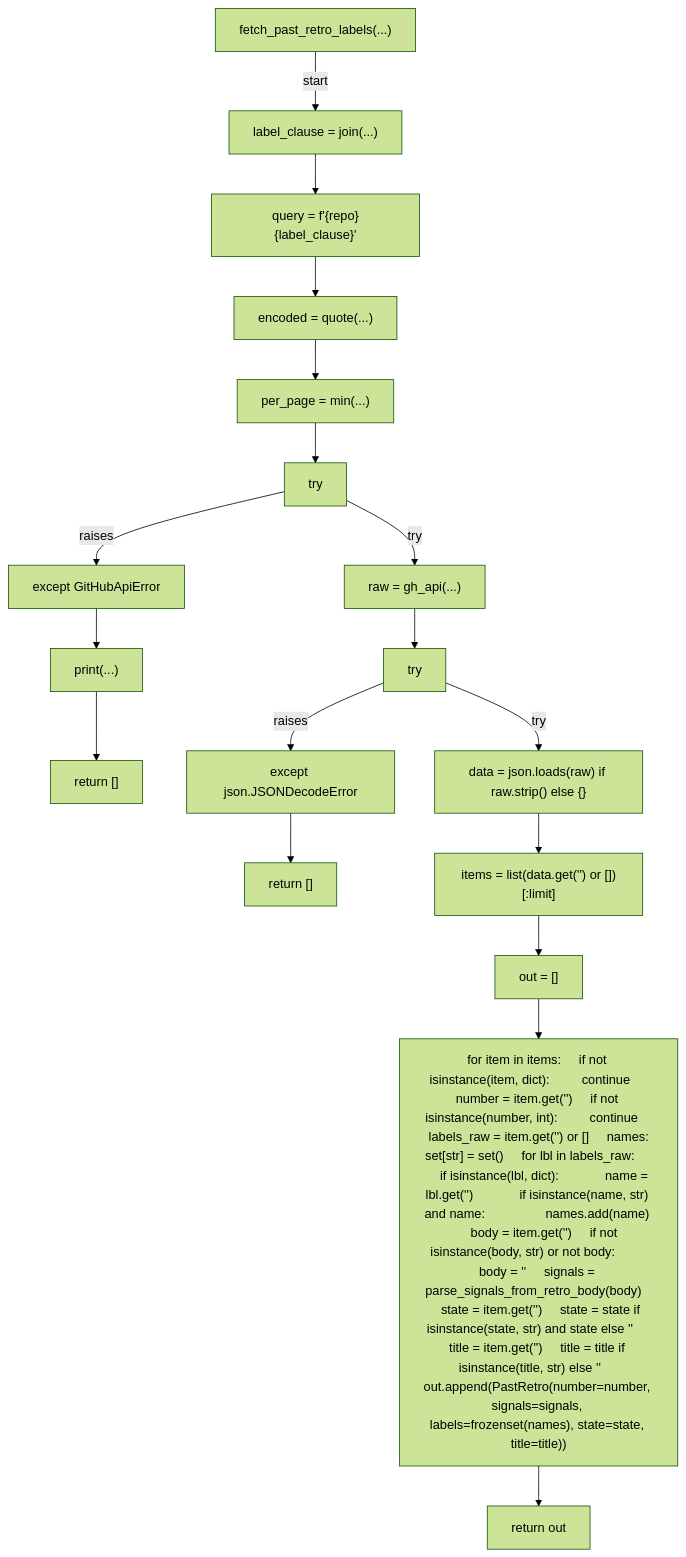
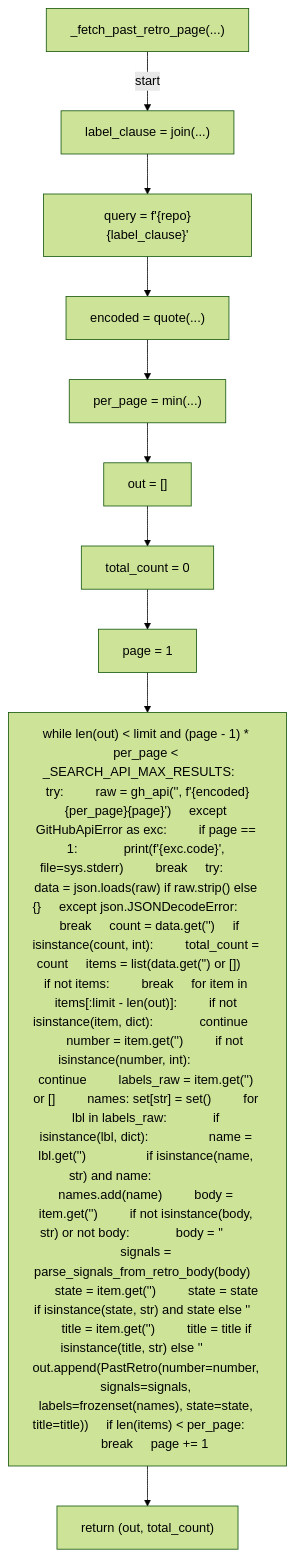
Diagram 15 of 59 in docs/generated/scripts/ast/auto_retro.md (tvna/claude-md), drawn with Mermaid (forest theme) before and after one commit. The commit also changed other lines of this file and 3 other files, not shown here.

First line of the commit message:
docs(generated): regenerate decision tree and workflow diagrams

````diff
--- a/docs/generated/scripts/ast/auto_retro.md
+++ b/docs/generated/scripts/ast/auto_retro.md
@@ -212,38 +229,22 @@
 ```mermaid
 flowchart TD
-    N001["fetch_past_retro_labels(...)"]
+    N001["_fetch_past_retro_page(...)"]
     N002["label_clause = join(...)"]
     N003["query = f'<str>{repo}<str>{label_clause}<str>'"]
     N004["encoded = quote(...)"]
     N005["per_page = min(...)"]
-    N006["try"]
-    N007["raw = gh_api(...)"]
-    N008["except GitHubApiError"]
-    N009["print(...)"]
-    N010["return []"]
-    N011["try"]
-    N012["data = json.loads(raw) if raw.strip() else {}"]
-    N013["except json.JSONDecodeError"]
-    N014["return []"]
-    N015["items = list(data.get('<str>') or [])[:limit]"]
-    N016["out = []"]
-    N017["for item in items:     if not isinstance(item, dict):         continue     number = item.get('<str>')     if not isinstance(number, int):         continue     labels_raw = item.get('<str>') or []     names: set[str] = set()     for lbl in labels_raw:         if isinstance(lbl, dict):             name = lbl.get('<str>')             if isinstance(name, str) and name:                 names.add(name)     body = item.get('<str>')     if not isinstance(body, str) or not body:         body = '<str>'     signals = parse_signals_from_retro_body(body)     state = item.get('<str>')     state = state if isinstance(state, str) and state else '<str>'     title = item.get('<str>')     title = title if isinstance(title, str) else '<str>'     out.append(PastRetro(number=number, signals=signals, labels=frozenset(names), state=state, title=title))"]
-    N018["return out"]
+    N006["out = []"]
+    N007["total_count = 0"]
+    N008["page = 1"]
+    N009["while len(out) < limit and (page - 1) * per_page < _SEARCH_API_MAX_RESULTS:     try:         raw = gh_api('<str>', f'<str>{encoded}<str>{per_page}<str>{page}')     except GitHubApiError as exc:         if page == 1:             print(f'<str>{exc.code}<str>', file=sys.stderr)         break     try:         data = json.loads(raw) if raw.strip() else {}     except json.JSONDecodeError:         break     count = data.get('<str>')     if isinstance(count, int):         total_count = count     items = list(data.get('<str>') or [])     if not items:         break     for item in items[:limit - len(out)]:         if not isinstance(item, dict):             continue         number = item.get('<str>')         if not isinstance(number, int):             continue         labels_raw = item.get('<str>') or []         names: set[str] = set()         for lbl in labels_raw:             if isinstance(lbl, dict):                 name = lbl.get('<str>')                 if isinstance(name, str) and name:                     names.add(name)         body = item.get('<str>')         if not isinstance(body, str) or not body:             body = '<str>'         signals = parse_signals_from_retro_body(body)         state = item.get('<str>')         state = state if isinstance(state, str) and state else '<str>'         title = item.get('<str>')         title = title if isinstance(title, str) else '<str>'         out.append(PastRetro(number=number, signals=signals, labels=frozenset(names), state=state, title=title))     if len(items) < per_page:         break     page += 1"]
+    N010["return (out, total_count)"]
     N001 -->|"start"| N002
     N002 --> N003
     N003 --> N004
     N004 --> N005
     N005 --> N006
-    N006 -->|"try"| N007
-    N006 -->|"raises"| N008
+    N006 --> N007
+    N007 --> N008
     N008 --> N009
     N009 --> N010
-    N007 --> N011
-    N011 -->|"try"| N012
-    N011 -->|"raises"| N013
-    N013 --> N014
-    N012 --> N015
-    N015 --> N016
-    N016 --> N017
-    N017 --> N018
 ```
````
